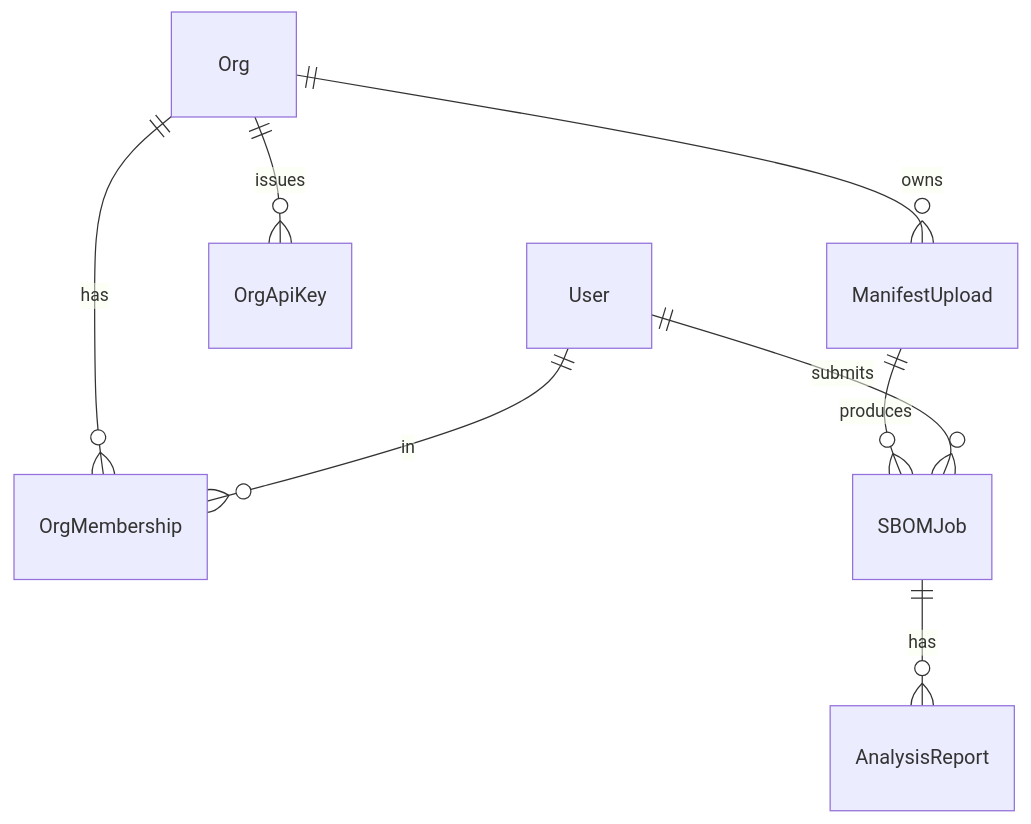
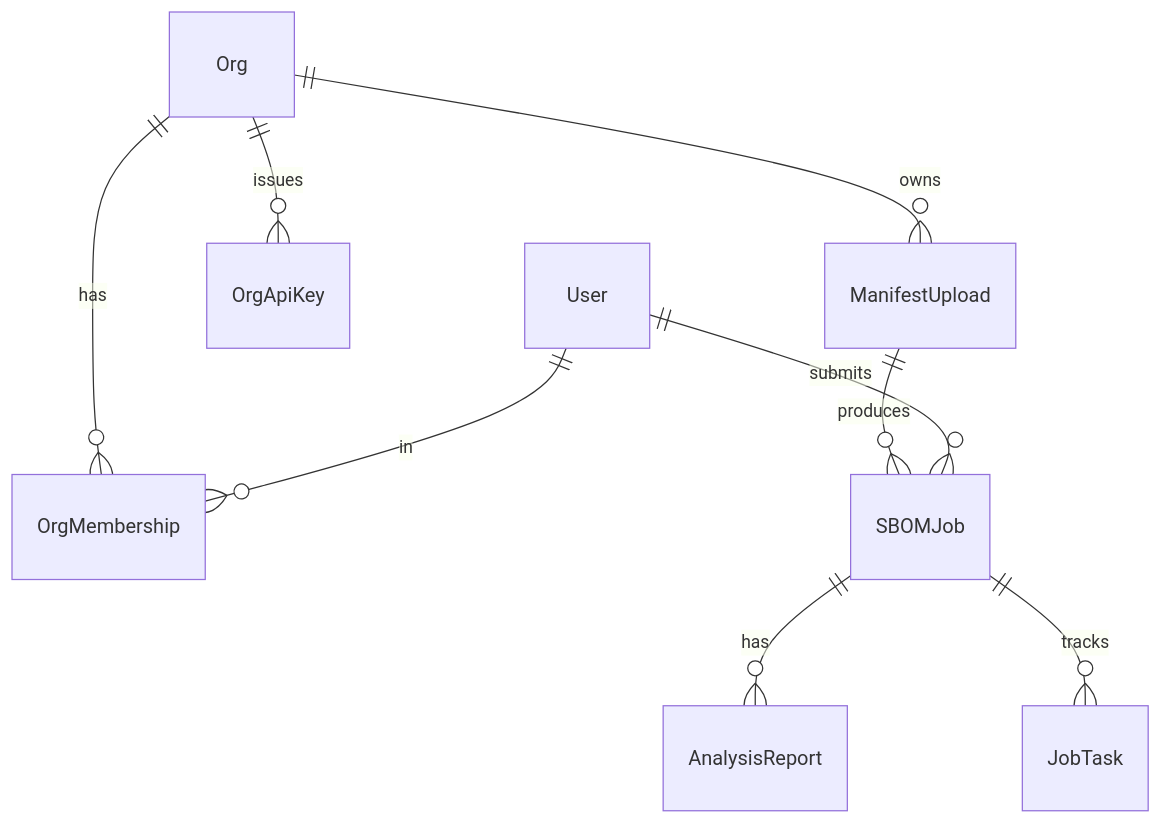
One commit to millsks/django-python-generate-sbom changed the diagram in docs/developer/data-model.md. Above: the diagram before and after it, drawn with Mermaid. The commit also changed other lines of this file and 17 other files, not shown here.

````diff
--- a/docs/developer/data-model.md
+++ b/docs/developer/data-model.md
@@ -79,10 +100,11 @@
 ```mermaid
 erDiagram
     Org ||--o{ OrgMembership : has
     User ||--o{ OrgMembership : in
     Org ||--o{ OrgApiKey : issues
     Org ||--o{ ManifestUpload : owns
     ManifestUpload ||--o{ SBOMJob : produces
     User ||--o{ SBOMJob : submits
     SBOMJob ||--o{ AnalysisReport : has
+    SBOMJob ||--o{ JobTask : tracks
 ```
````
